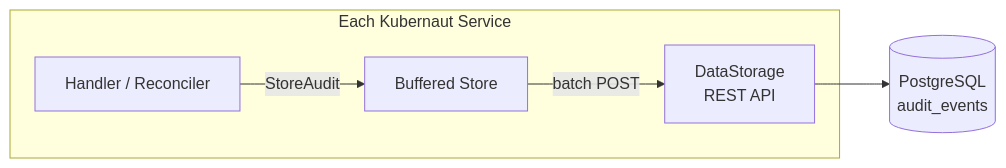
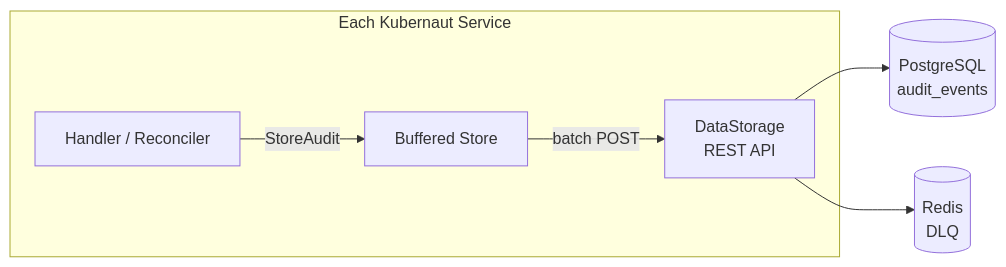
One commit to jordigilh/kubernaut-docs changed the diagram in docs/architecture/audit-pipeline.md. Above: the diagram before and after it, drawn with Mermaid. The commit also changed other lines of this file and 12 other files, not shown here.

First line of the commit message:
docs: expand architecture pages with per-service deep dives

````diff
--- a/docs/architecture/audit-pipeline.md
+++ b/docs/architecture/audit-pipeline.md
@@ -9,9 +7,10 @@
 ```mermaid
 graph LR
     subgraph Service["Each Kubernaut Service"]
         H[Handler / Reconciler] -->|StoreAudit| B[Buffered Store]
         B -->|batch POST| DS
     end
 
     DS[DataStorage<br/>REST API] --> PG[(PostgreSQL<br/>audit_events)]
+    DS --> RD[(Redis<br/>DLQ)]
 ```
````
